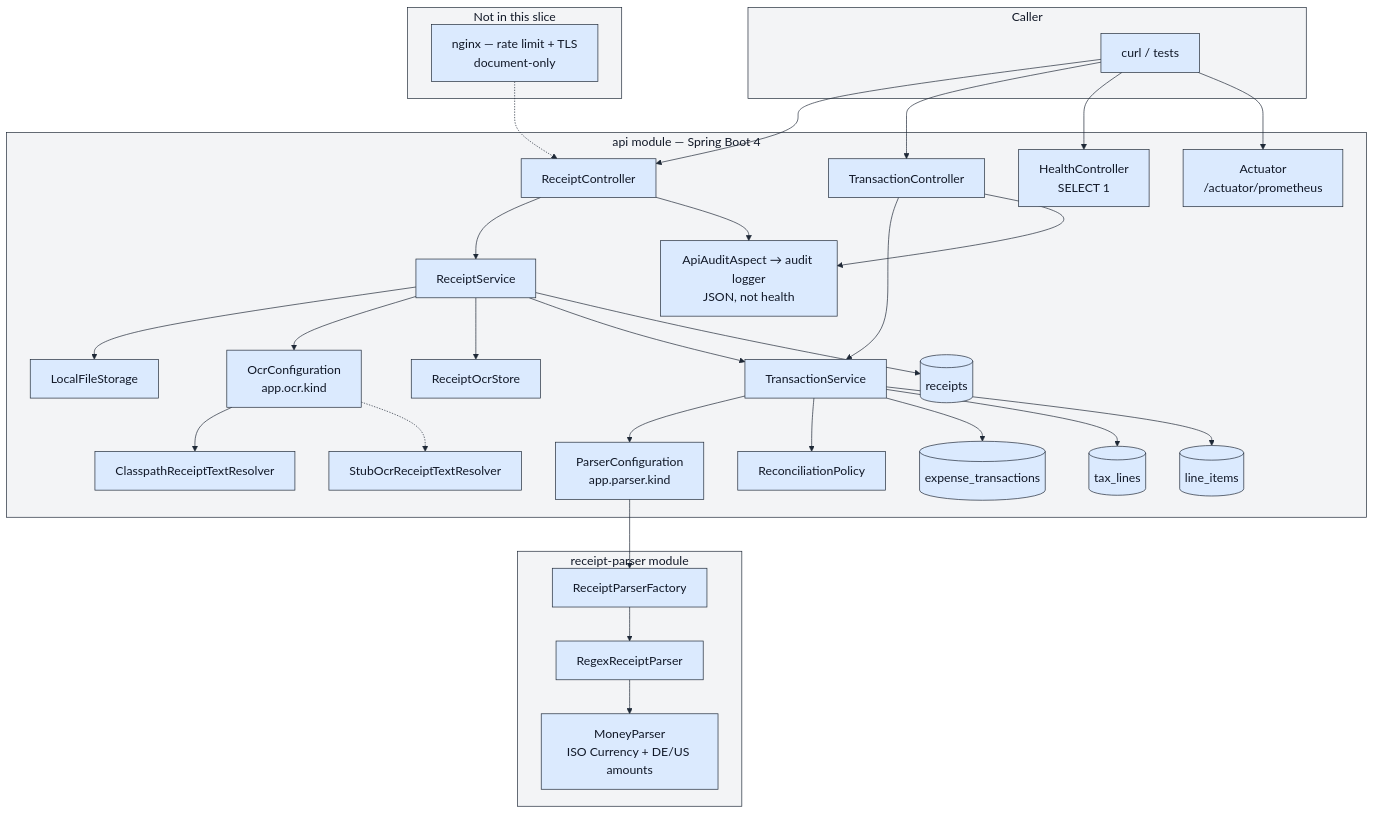
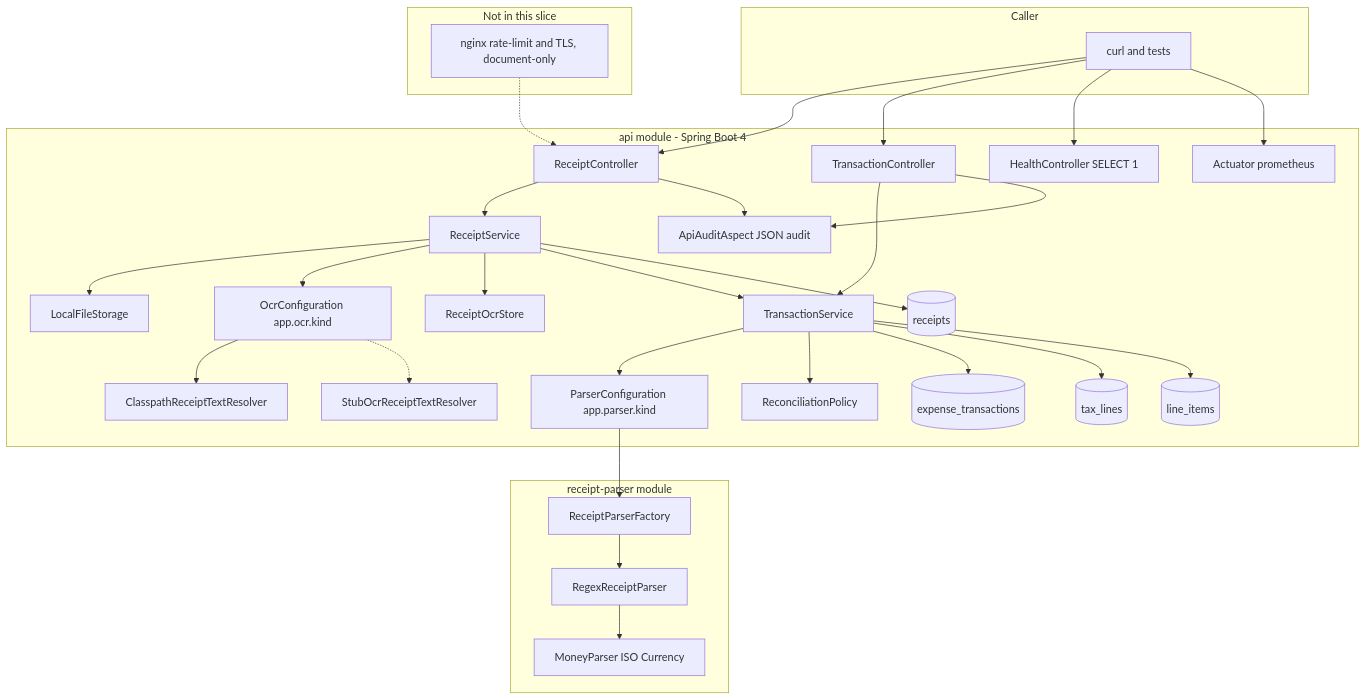
Before and after one commit to mannnick24/navan-expense: the diagram in submission.md, drawn with Mermaid.

Commit message:
simplified submission

````diff
--- a/submission.md
+++ b/submission.md
@@ -139,71 +139,64 @@
 ```mermaid
-%%{init: {
-  "theme": "base",
-  "themeVariables": {
-    "fontSize": "18px",
-    "primaryColor": "#dbeafe",
-    "primaryTextColor": "#111827",
-    "primaryBorderColor": "#1f2937",
-    "lineColor": "#1f2937",
-    "secondaryColor": "#fef3c7",
-    "tertiaryColor": "#dcfce7",
-    "clusterBkg": "#f3f4f6",
-    "clusterBorder": "#1f2937",
-    "titleColor": "#111827",
-    "nodeTextColor": "#111827"
-  }
-}}%%
 flowchart TB
   subgraph client [Caller]
-    curl[curl / tests]
+    curl["curl and tests"]
   end
 
   subgraph edge [Not in this slice]
-    nginx["nginx — rate limit + TLS<br/>document-only"]
+    nginx["nginx rate-limit and TLS, document-only"]
   end
 
-  subgraph api [api module — Spring Boot 4]
+  subgraph api [api module - Spring Boot 4]
     RC[ReceiptController]
     TC[TransactionController]
-    HC["HealthController<br/>SELECT 1"]
-    Act["Actuator<br/>/actuator/prometheus"]
-    Audit["ApiAuditAspect → audit logger<br/>JSON, not health"]
+    HC["HealthController SELECT 1"]
+    Act["Actuator prometheus"]
+    Audit["ApiAuditAspect JSON audit"]
 
     RS[ReceiptService]
     TS[TransactionService]
     Rec[ReconciliationPolicy]
-    OcrCfg["OcrConfiguration<br/>app.ocr.kind"]
-    ParseCfg["ParserConfiguration<br/>app.parser.kind"]
+    OcrCfg["OcrConfiguration app.ocr.kind"]
+    ParseCfg["ParserConfiguration app.parser.kind"]
     OCR[ClasspathReceiptTextResolver]
     StubOcr[StubOcrReceiptTextResolver]
     FS[LocalFileStorage]
     Store[ReceiptOcrStore]
 
     R[(receipts)]
     TX[(expense_transactions)]
     Tax[(tax_lines)]
     LI[(line_items)]
   end
 
   subgraph parser [receipt-parser module]
     Fac[ReceiptParserFactory]
     Rx[RegexReceiptParser]
-    Money[MoneyParser<br/>ISO Currency + DE/US amounts]
+    Money["MoneyParser ISO Currency"]
   end
 
-  curl --> RC & TC & HC & Act
+  curl --> RC
+  curl --> TC
+  curl --> HC
+  curl --> Act
   nginx -.-> RC
   RC --> RS
   TC --> TS
-  RS --> FS & OcrCfg & Store & TS
+  RS --> FS
+  RS --> OcrCfg
+  RS --> Store
+  RS --> TS
   OcrCfg --> OCR
   OcrCfg -.-> StubOcr
   TS --> ParseCfg
   ParseCfg --> Fac
   Fac --> Rx
   Rx --> Money
   TS --> Rec
   RS --> R
-  TS --> TX & Tax & LI
-  RC & TC --> Audit
+  TS --> TX
+  TS --> Tax
+  TS --> LI
+  RC --> Audit
+  TC --> Audit
 ```
````
